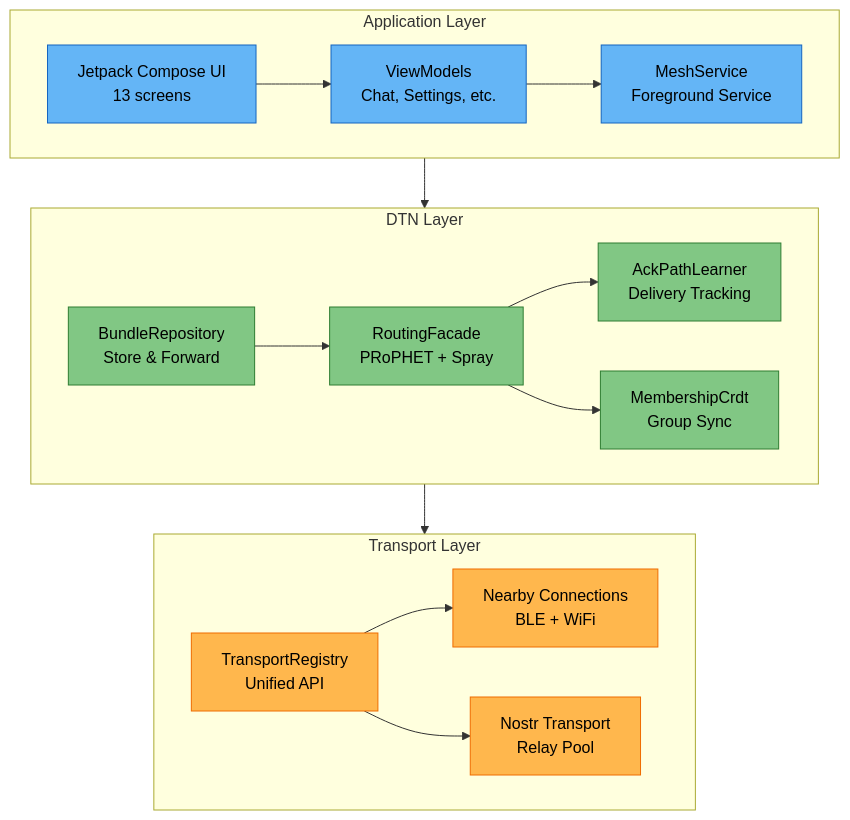
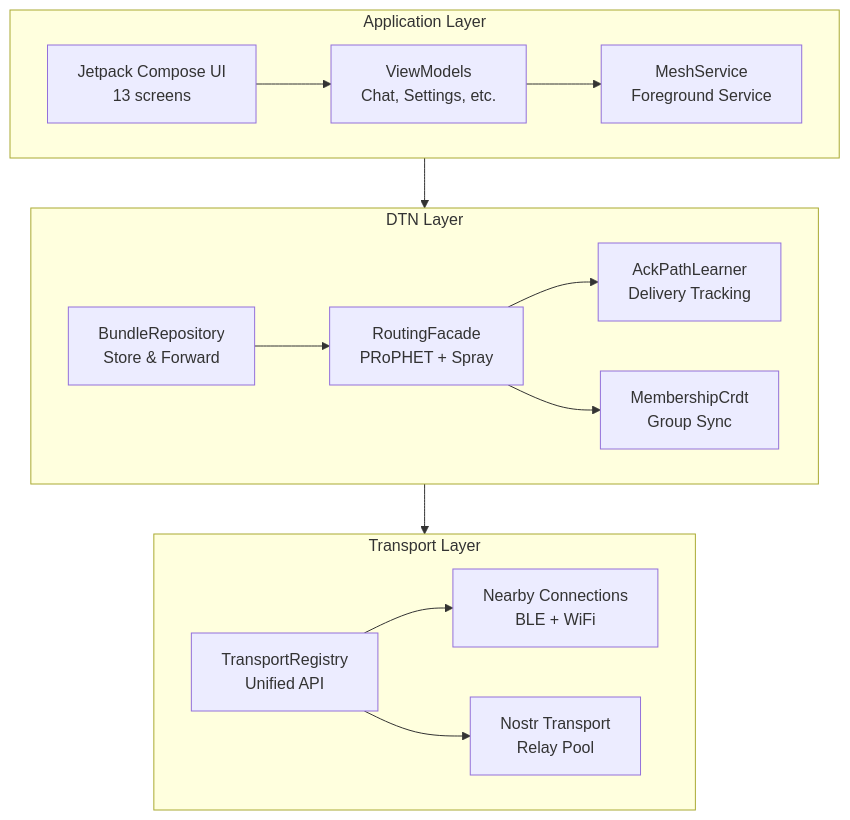
Before and after one commit to ethene/mycel-docs: the first of 2 diagrams in docs/deep-dive/architecture/overview.md, drawn with Mermaid. The commit also changed 1 other file, not shown here.

Commit message:
fix: use Mermaid theme-aware colors for dark mode compatibility
- Remove explicit classDef color overrides
- Let Mermaid handle colors based on current theme
- Both light and dark modes now work consistently

🤖 Generated with [Claude Code](https://claude.com/claude-code)

````diff
--- a/docs/deep-dive/architecture/overview.md
+++ b/docs/deep-dive/architecture/overview.md
@@ -7,43 +7,35 @@
 ```mermaid
 flowchart TB
     subgraph APP ["Application Layer"]
         direction LR
         UI["Jetpack Compose UI<br/>13 screens"]
         VM["ViewModels<br/>Chat, Settings, etc."]
         SVC["MeshService<br/>Foreground Service"]
     end
 
     subgraph DTN ["DTN Layer"]
         direction LR
         REPO["BundleRepository<br/>Store & Forward"]
         ROUTE["RoutingFacade<br/>PRoPHET + Spray"]
         ACK["AckPathLearner<br/>Delivery Tracking"]
         CRDT["MembershipCrdt<br/>Group Sync"]
     end
 
     subgraph TRANSPORT ["Transport Layer"]
         direction LR
         REG["TransportRegistry<br/>Unified API"]
         NEARBY["Nearby Connections<br/>BLE + WiFi"]
         NOSTR["Nostr Transport<br/>Relay Pool"]
     end
 
     UI --> VM
     VM --> SVC
     SVC --> REPO
     REPO --> ROUTE
     ROUTE --> ACK
     ROUTE --> CRDT
 
     REPO --> REG
     REG --> NEARBY
     REG --> NOSTR
-
-    classDef appLayer fill:#64B5F6,stroke:#1565C0,color:#000
-    classDef dtnLayer fill:#81C784,stroke:#2E7D32,color:#000
-    classDef transportLayer fill:#FFB74D,stroke:#EF6C00,color:#000
-
-    class UI,VM,SVC appLayer
-    class REPO,ROUTE,ACK,CRDT dtnLayer
-    class REG,NEARBY,NOSTR transportLayer
 ```
````
